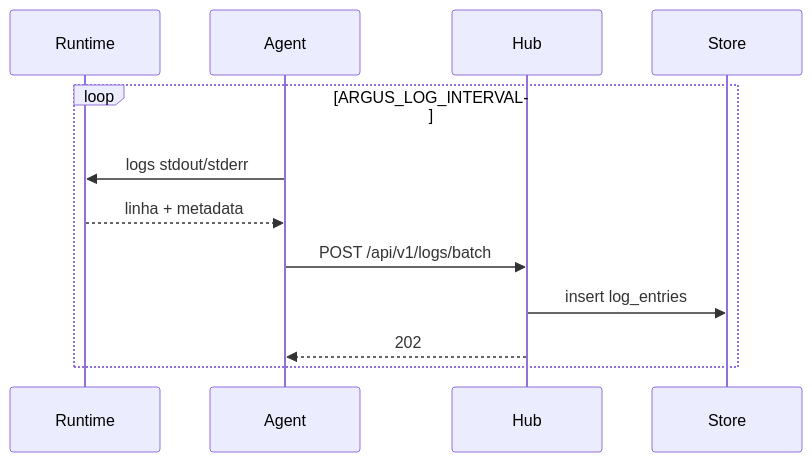
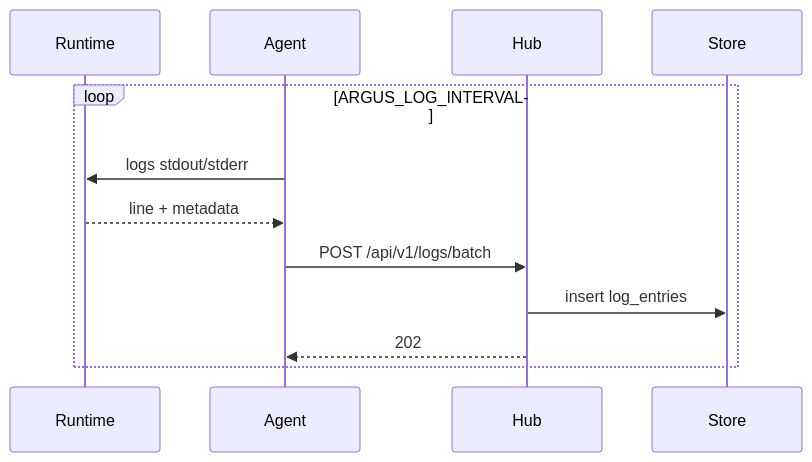
The first of 3 diagrams in docs/flows/log-streaming.md (HarryRaddatz/argus-observability), drawn with Mermaid before and after one commit. The commit also changed other lines of this file and 89 other files, not shown here.

````diff
--- a/docs/flows/log-streaming.md
+++ b/docs/flows/log-streaming.md
@@ -7,15 +7,15 @@
 ```mermaid
 sequenceDiagram
   participant Runtime
   participant Agent
   participant Hub
   participant Store
 
   loop ARGUS_LOG_INTERVAL
     Agent->>Runtime: logs stdout/stderr
-    Runtime-->>Agent: linha + metadata
+    Runtime-->>Agent: line + metadata
     Agent->>Hub: POST /api/v1/logs/batch
     Hub->>Store: insert log_entries
     Hub-->>Agent: 202
   end
 ```
````
